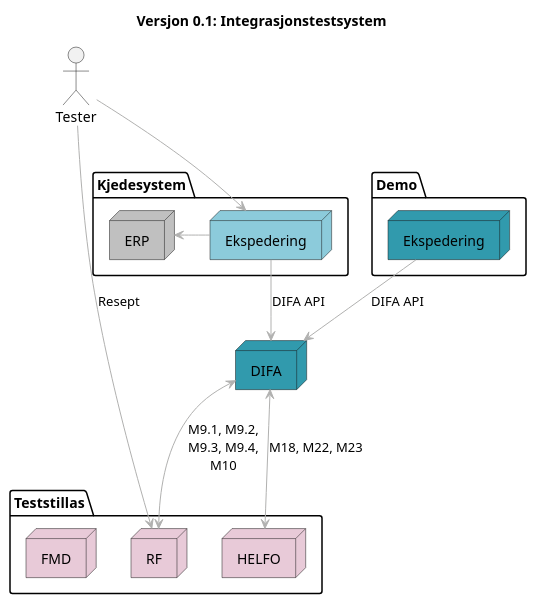
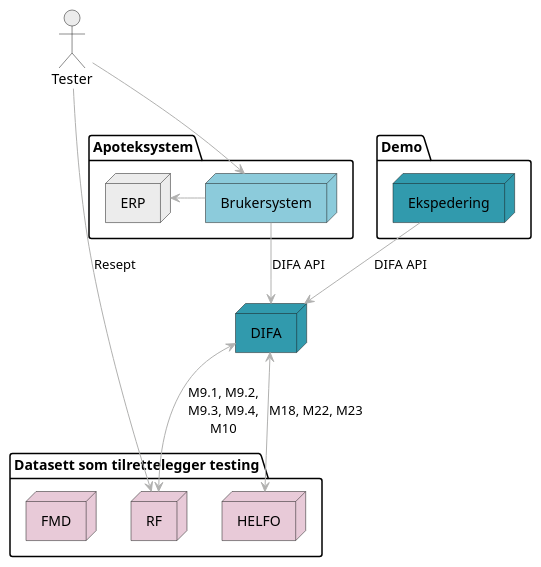
The diagram in doc/uml/context-reseptur-integrasjonstest.puml (sopra-steria-norge/pharmacy.no), drawn with PlantUML before and after one commit. The commit also changed 5 other files, not shown here.

```diff
--- a/doc/uml/context-reseptur-integrasjonstest.puml
+++ b/doc/uml/context-reseptur-integrasjonstest.puml
@@ -1,37 +1,35 @@
 @startuml
 
 skinparam ArrowColor #b1b1b0
 skinparam BorderColor #b1b1b0
 
-title Versjon 0.1: Integrasjonstestsystem
-
-actor Tester
+actor Tester #ececec
 
 package Demo {
     node DemoPOS as "Ekspedering" #319aad
 }
 
-package Kjedesystem {
-    node POS as "Ekspedering" #8ccbdb
-    node ERP #silver
+package Apoteksystem {
+    node POS as "Brukersystem" #8ccbdb
+    node ERP #ececec
 }
 
 node DIFA #319aad
 
-package Teststillas {
+package "Datasett som tilrettelegger testing" {
     node RF #e8cad8
     node HELFO #e8cad8
     node FMD #e8cad8
 }
 
 Tester -right-> RF: Resept
 Tester -down-> POS
 
 DemoPOS -down-> DIFA: DIFA API
 POS -down-> DIFA: DIFA API
 POS -left-> ERP
 DIFA <-down-> RF: M9.1, M9.2,\nM9.3, M9.4,\nM10
 DIFA <-down-> HELFO: M18, M22, M23
 
 
 @enduml
```
